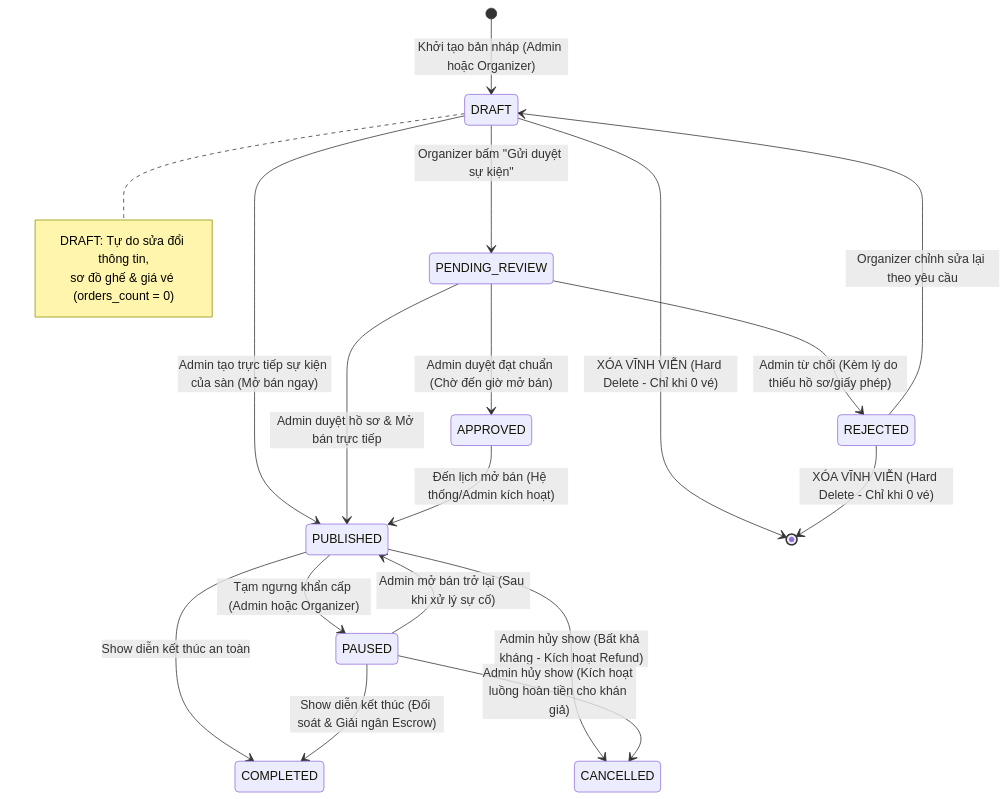
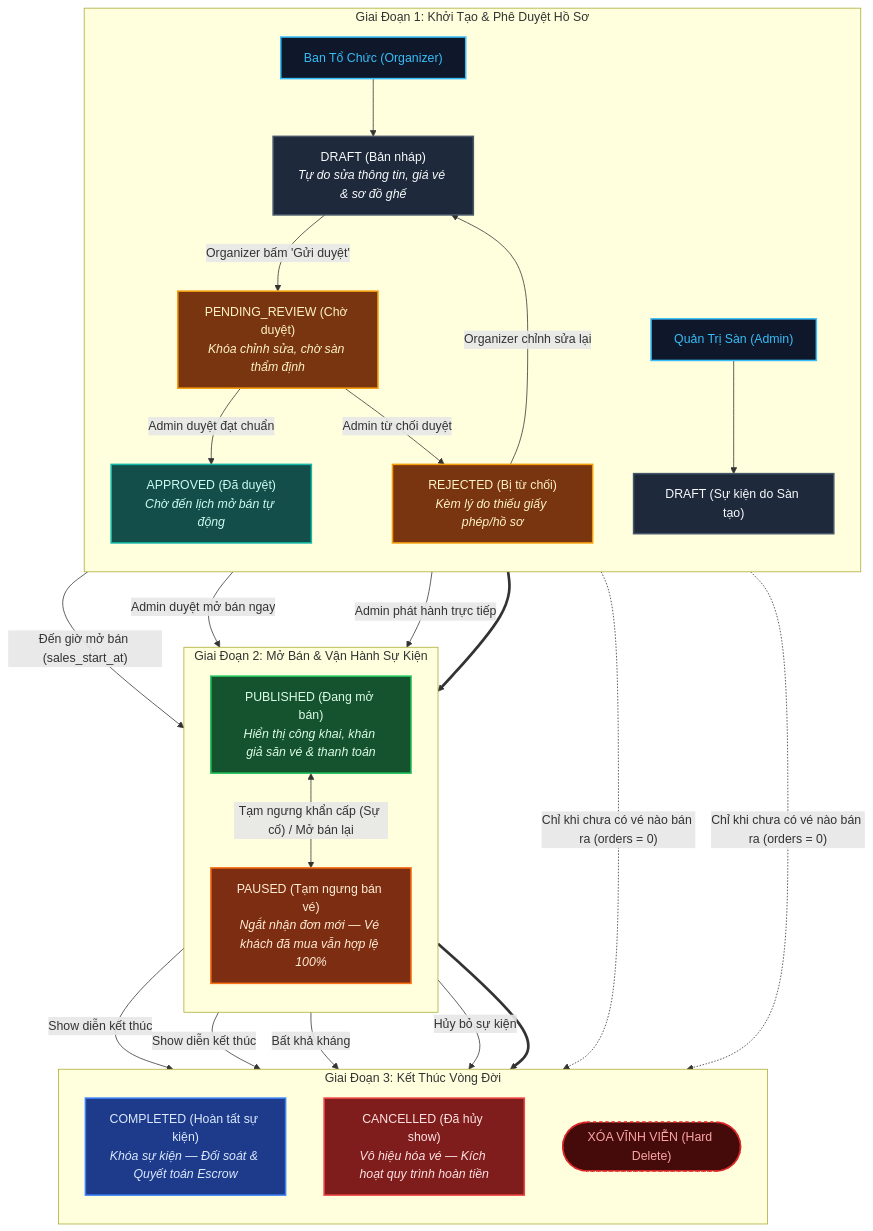
One commit to tvquang0511/Tixora changed the third of 3 diagrams in README.md. Above: the diagram before and after it, drawn with Mermaid. The commit also changed other lines of this file and 4 other files, not shown here.

````diff
--- a/README.md
+++ b/README.md
@@ -194,31 +194,62 @@
 ```mermaid
-stateDiagram-v2
-    [*] --> DRAFT : Khởi tạo bản nháp (Admin hoặc Organizer)
-    
-    note right of DRAFT
-        DRAFT: Tự do sửa đổi thông tin,
-        sơ đồ ghế & giá vé (orders_count = 0)
-    end note
+flowchart TD
+    %% Giai đoạn 1: Khởi tạo & Kiểm duyệt
+    subgraph PHASE1 ["Giai Đoạn 1: Khởi Tạo & Phê Duyệt Hồ Sơ"]
+        direction TB
+        ORG_ROLE["Ban Tổ Chức (Organizer)"] --> ORG_DRAFT["DRAFT (Bản nháp)<br/><i>Tự do sửa thông tin, giá vé & sơ đồ ghế</i>"]
+        ORG_DRAFT -->|"Organizer bấm 'Gửi duyệt'"| PENDING["PENDING_REVIEW (Chờ duyệt)<br/><i>Khóa chỉnh sửa, chờ sàn thẩm định</i>"]
+        
+        PENDING -->|"Admin duyệt đạt chuẩn"| APPROVED["APPROVED (Đã duyệt)<br/><i>Chờ đến lịch mở bán tự động</i>"]
+        PENDING -->|"Admin từ chối duyệt"| REJECTED["REJECTED (Bị từ chối)<br/><i>Kèm lý do thiếu giấy phép/hồ sơ</i>"]
+        REJECTED -->|"Organizer chỉnh sửa lại"| ORG_DRAFT
 
-    DRAFT --> PENDING_REVIEW : Organizer bấm "Gửi duyệt sự kiện"
-    DRAFT --> PUBLISHED : Admin tạo trực tiếp sự kiện của sàn (Mở bán ngay)
-    
-    PENDING_REVIEW --> PUBLISHED : Admin duyệt hồ sơ & Mở bán trực tiếp
-    PENDING_REVIEW --> APPROVED : Admin duyệt đạt chuẩn (Chờ đến giờ mở bán)
-    PENDING_REVIEW --> REJECTED : Admin từ chối (Kèm lý do thiếu hồ sơ/giấy phép)
-    
-    REJECTED --> DRAFT : Organizer chỉnh sửa lại theo yêu cầu
-    APPROVED --> PUBLISHED : Đến lịch mở bán (Hệ thống/Admin kích hoạt)
-    
-    PUBLISHED --> PAUSED : Tạm ngưng khẩn cấp (Admin hoặc Organizer)
-    PAUSED --> PUBLISHED : Admin mở bán trở lại (Sau khi xử lý sự cố)
-    
-    PUBLISHED --> COMPLETED : Show diễn kết thúc an toàn
-    PAUSED --> COMPLETED : Show diễn kết thúc (Đối soát & Giải ngân Escrow)
-    
-    PUBLISHED --> CANCELLED : Admin hủy show (Bất khả kháng - Kích hoạt Refund)
-    PAUSED --> CANCELLED : Admin hủy show (Kích hoạt luồng hoàn tiền cho khán giả)
-    
-    DRAFT --> [*] : XÓA VĨNH VIỄN (Hard Delete - Chỉ khi 0 vé)
-    REJECTED --> [*] : XÓA VĨNH VIỄN (Hard Delete - Chỉ khi 0 vé)
+        ADMIN_ROLE["Quản Trị Sàn (Admin)"] --> ADMIN_DRAFT["DRAFT (Sự kiện do Sàn tạo)"]
+    end
+
+    %% Giai đoạn 2: Mở bán & Vận hành
+    subgraph PHASE2 ["Giai Đoạn 2: Mở Bán & Vận Hành Sự Kiện"]
+        direction TB
+        APPROVED -->|"Đến giờ mở bán (sales_start_at)"| PUBLISHED["PUBLISHED (Đang mở bán)<br/><i>Hiển thị công khai, khán giả săn vé & thanh toán</i>"]
+        PENDING -->|"Admin duyệt mở bán ngay"| PUBLISHED
+        ADMIN_DRAFT -->|"Admin phát hành trực tiếp"| PUBLISHED
+
+        PUBLISHED <-->|"Tạm ngưng khẩn cấp (Sự cố) / Mở bán lại"| PAUSED["PAUSED (Tạm ngưng bán vé)<br/><i>Ngắt nhận đơn mới — Vé khách đã mua vẫn hợp lệ 100%</i>"]
+    end
+
+    %% Giai đoạn 3: Kết thúc vòng đời
+    subgraph PHASE3 ["Giai Đoạn 3: Kết Thúc Vòng Đời"]
+        direction TB
+        PUBLISHED -->|"Show diễn kết thúc"| COMPLETED["COMPLETED (Hoàn tất sự kiện)<br/><i>Khóa sự kiện — Đối soát & Quyết toán Escrow</i>"]
+        PAUSED -->|"Show diễn kết thúc"| COMPLETED
+
+        PUBLISHED -->|"Bất khả kháng"| CANCELLED["CANCELLED (Đã hủy show)<br/><i>Vô hiệu hóa vé — Kích hoạt quy trình hoàn tiền</i>"]
+        PAUSED -->|"Hủy bỏ sự kiện"| CANCELLED
+
+        ORG_DRAFT -.->|"Chỉ khi chưa có vé nào bán ra (orders = 0)"| DELETED(["XÓA VĨNH VIỄN (Hard Delete)"])
+        REJECTED -.->|"Chỉ khi chưa có vé nào bán ra (orders = 0)"| DELETED
+    end
+
+    PHASE1 ==> PHASE2
+    PHASE2 ==> PHASE3
+
+    %% Styling
+    classDef draft fill:#1e293b,stroke:#475569,stroke-width:2px,color:#f8fafc;
+    classDef pending fill:#78350f,stroke:#f59e0b,stroke-width:2px,color:#fef3c7;
+    classDef approved fill:#134e4a,stroke:#14b8a6,stroke-width:2px,color:#ccfbf1;
+    classDef published fill:#14532d,stroke:#22c55e,stroke-width:2px,color:#dcfce7;
+    classDef paused fill:#7c2d12,stroke:#f97316,stroke-width:2px,color:#ffedd5;
+    classDef completed fill:#1e3a8a,stroke:#3b82f6,stroke-width:2px,color:#dbeafe;
+    classDef cancelled fill:#7f1d1d,stroke:#ef4444,stroke-width:2px,color:#fee2e2;
+    classDef deleted fill:#450a0a,stroke:#dc2626,stroke-width:2px,stroke-dasharray: 4 4,color:#fca5a5;
+    classDef role fill:#0f172a,stroke:#38bdf8,stroke-width:2px,color:#38bdf8;
+
+    class ORG_DRAFT,ADMIN_DRAFT draft;
+    class PENDING,REJECTED pending;
+    class APPROVED approved;
+    class PUBLISHED published;
+    class PAUSED paused;
+    class COMPLETED completed;
+    class CANCELLED cancelled;
+    class DELETED deleted;
+    class ORG_ROLE,ADMIN_ROLE role;
 ```
````
